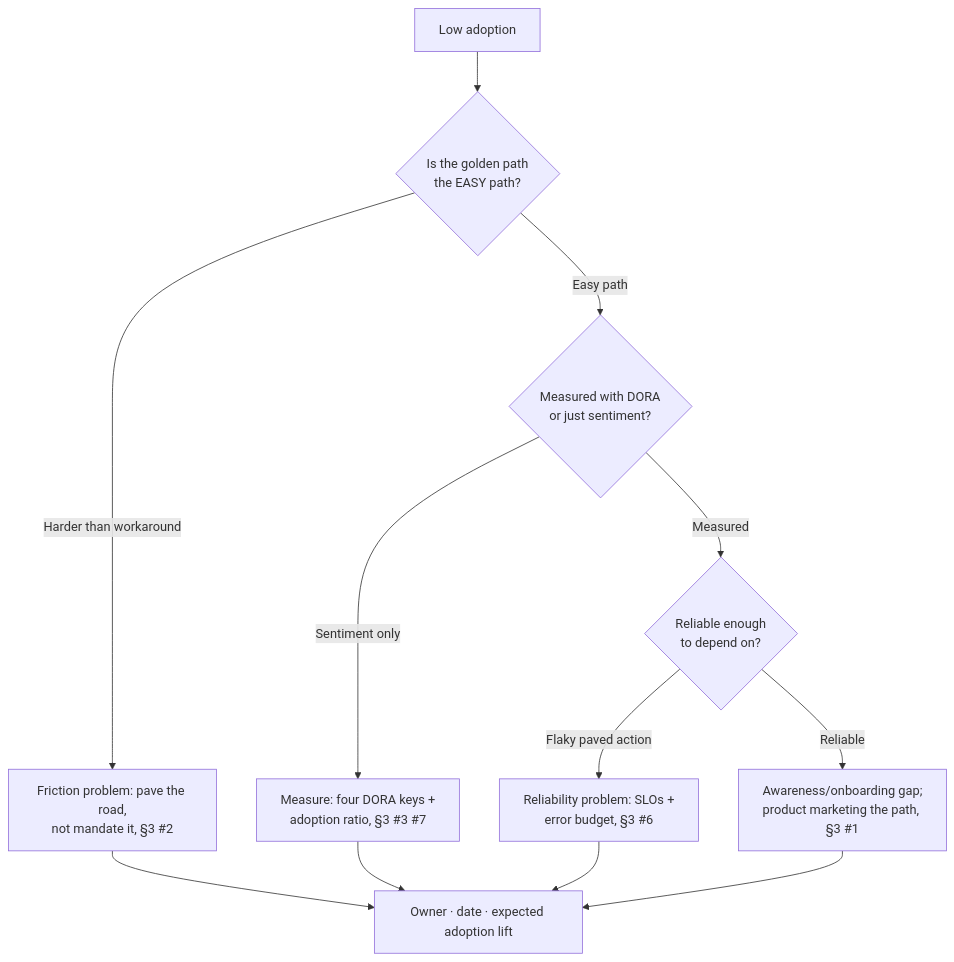
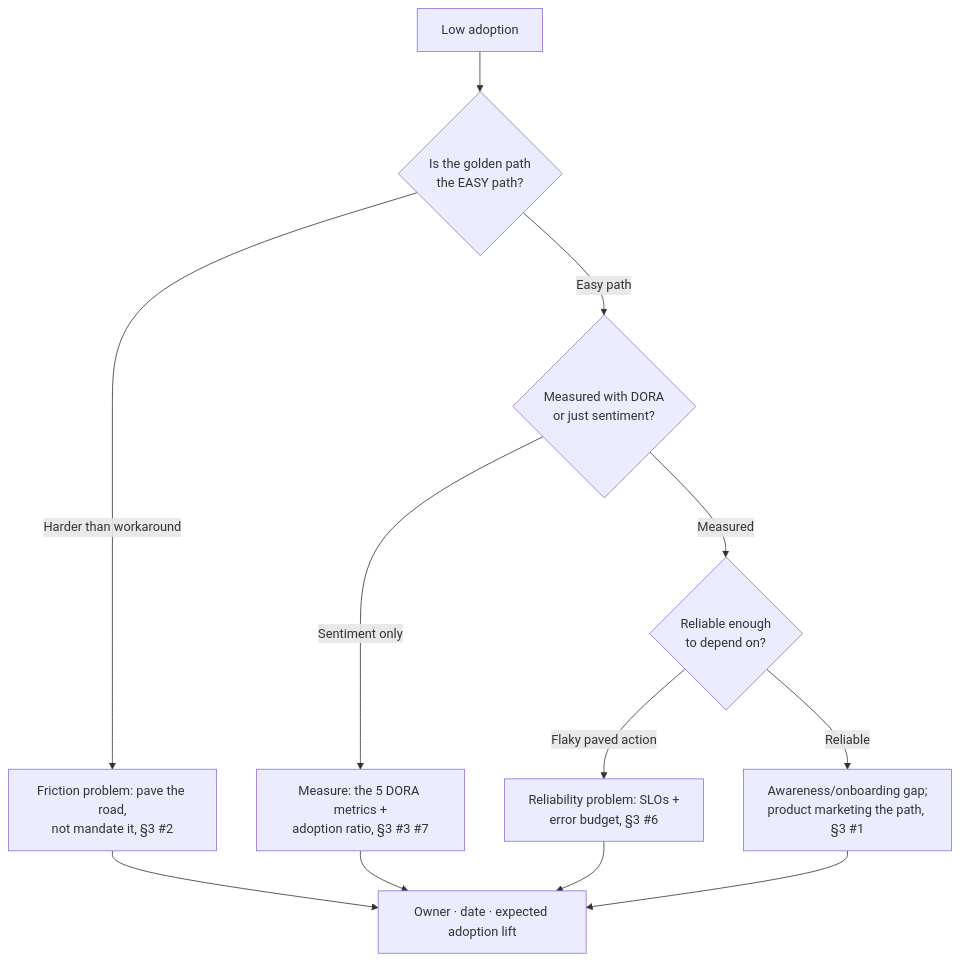
One commit to mcorbett51090/RavenClaude changed the first of 3 diagrams in plugins/platform-engineering-idp/knowledge/platform-engineering-idp-decision-trees.md. Above: the diagram before and after it, drawn with Mermaid. The commit also changed 26 other files, not shown here.

````diff
--- a/plugins/platform-engineering-idp/knowledge/platform-engineering-idp-decision-trees.md
+++ b/plugins/platform-engineering-idp/knowledge/platform-engineering-idp-decision-trees.md
@@ -7,14 +7,14 @@
 ```mermaid
 flowchart TD
     A[Low adoption] --> B{Is the golden path<br/>the EASY path?}
     B -- "Harder than workaround" --> B1[Friction problem: pave the road,<br/>not mandate it, §3 #2]
     B -- "Easy path" --> C{Measured with DORA<br/>or just sentiment?}
-    C -- "Sentiment only" --> C1[Measure: four DORA keys +<br/>adoption ratio, §3 #3 #7]
+    C -- "Sentiment only" --> C1[Measure: the 5 DORA metrics +<br/>adoption ratio, §3 #3 #7]
     C -- "Measured" --> D{Reliable enough<br/>to depend on?}
     D -- "Flaky paved action" --> D1[Reliability problem: SLOs +<br/>error budget, §3 #6]
     D -- "Reliable" --> D2[Awareness/onboarding gap;<br/>product marketing the path, §3 #1]
     B1 --> E[Owner · date · expected adoption lift]
     C1 --> E
     D1 --> E
     D2 --> E
 ```
````
